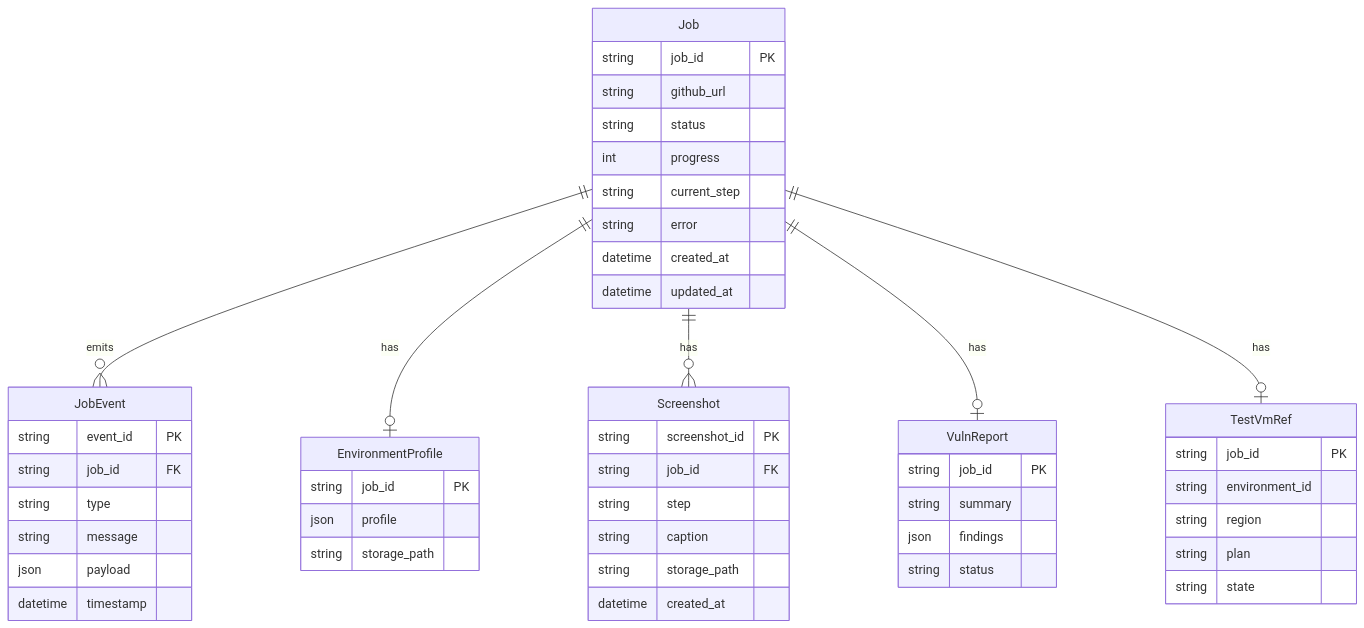
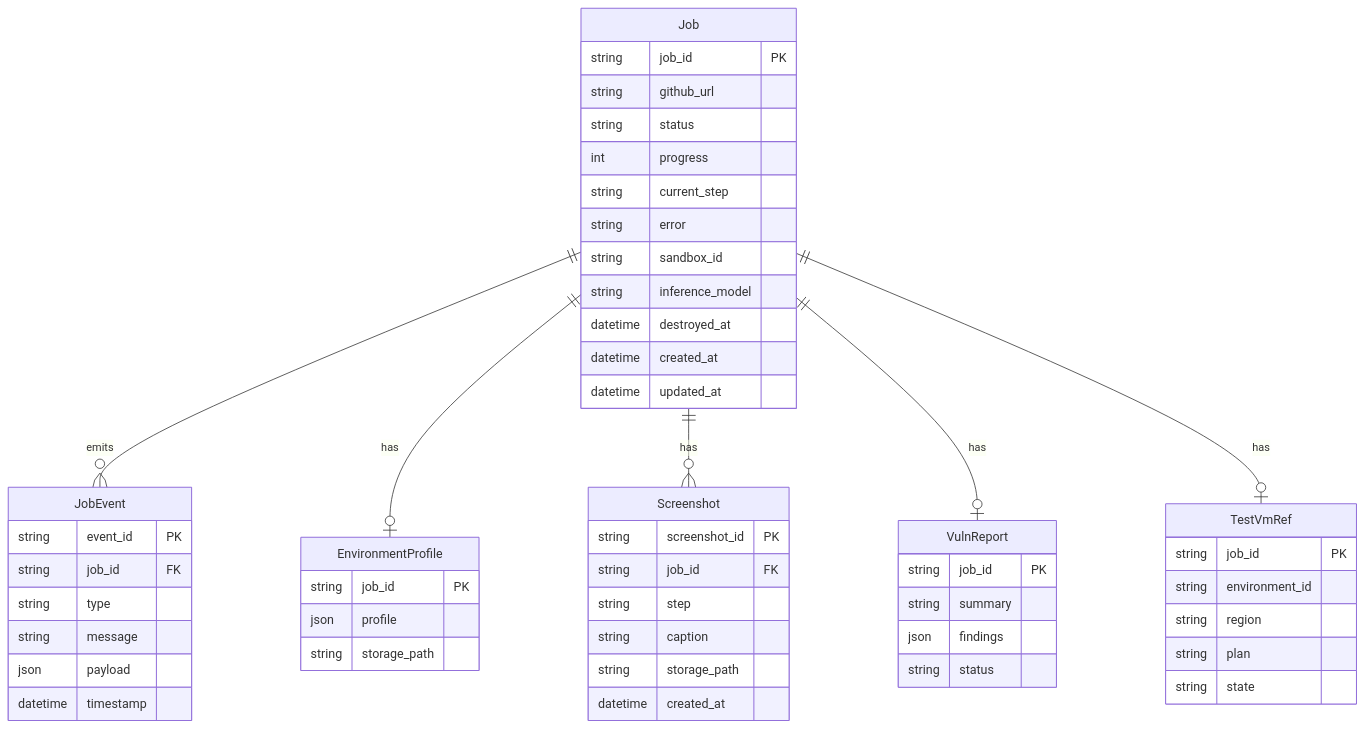
Before and after one commit to ludvigodin/killhub: the diagram in DATABASE.md, drawn with Mermaid. The commit also changed other lines of this file and 10 other files, not shown here.

Commit message:
Update documentation across AGENTS.md, API.md, ARCHITECTURE.md, and PRODUCT.md to clarify the use of Vultr Serverless Inference

````diff
--- a/DATABASE.md
+++ b/DATABASE.md
@@ -22,58 +22,61 @@
 ```mermaid
 erDiagram
   Job ||--o{ JobEvent : emits
   Job ||--o| EnvironmentProfile : has
   Job ||--o{ Screenshot : has
   Job ||--o| VulnReport : has
   Job ||--o| TestVmRef : has
 
   Job {
     string job_id PK
     string github_url
     string status
     int progress
     string current_step
     string error
+    string sandbox_id
+    string inference_model
+    datetime destroyed_at
     datetime created_at
     datetime updated_at
   }
 
   JobEvent {
     string event_id PK
     string job_id FK
     string type
     string message
     json payload
     datetime timestamp
   }
 
   EnvironmentProfile {
     string job_id PK
     json profile
     string storage_path
   }
 
   Screenshot {
     string screenshot_id PK
     string job_id FK
     string step
     string caption
     string storage_path
     datetime created_at
   }
 
   VulnReport {
     string job_id PK
     string summary
     json findings
     string status
   }
 
   TestVmRef {
     string job_id PK
     string environment_id
     string region
     string plan
     string state
   }
 ```
````
